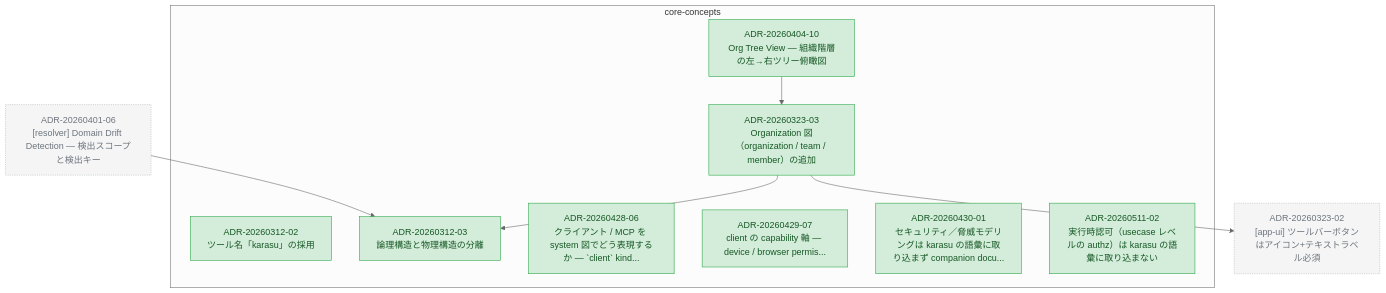
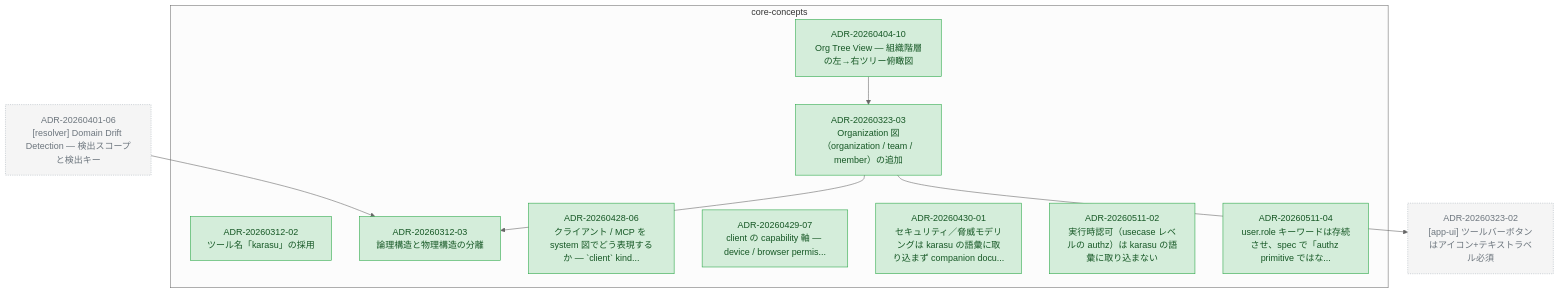
One commit to kompiro/karasu changed the diagram in docs/adr/graph/core-concepts.md. Above: the diagram before and after it, drawn with Mermaid (neutral theme). The commit also changed other lines of this file and 4 other files, not shown here.

First line of the commit message:
docs(adr): promote user.role decision to ADR-20260511-04

````diff
--- a/docs/adr/graph/core-concepts.md
+++ b/docs/adr/graph/core-concepts.md
@@ -6,36 +6,38 @@
 ```mermaid
 flowchart TD
   subgraph core-concepts["core-concepts"]
     ADR_20260312_02["ADR-20260312-02<br/>ツール名「karasu」の採用"]
     ADR_20260312_03["ADR-20260312-03<br/>論理構造と物理構造の分離"]
     ADR_20260323_03["ADR-20260323-03<br/>Organization 図（organization / team / member）の追加"]
     ADR_20260404_10["ADR-20260404-10<br/>Org Tree View — 組織階層の左→右ツリー俯瞰図"]
     ADR_20260428_06["ADR-20260428-06<br/>クライアント / MCP を system 図でどう表現するか — `client` kind..."]
     ADR_20260429_07["ADR-20260429-07<br/>client の capability 軸 — device / browser permis..."]
     ADR_20260430_01["ADR-20260430-01<br/>セキュリティ／脅威モデリングは karasu の語彙に取り込まず companion docu..."]
     ADR_20260511_02["ADR-20260511-02<br/>実行時認可（usecase レベルの authz）は karasu の語彙に取り込まない"]
+    ADR_20260511_04["ADR-20260511-04<br/>user.role キーワードは存続させ、spec で「authz primitive ではな..."]
   end
   ADR_20260323_02["ADR-20260323-02<br/>[app-ui] ツールバーボタンはアイコン+テキストラベル必須"]
   ADR_20260401_06["ADR-20260401-06<br/>[resolver] Domain Drift Detection — 検出スコープと検出キー"]
   ADR_20260323_03 --> ADR_20260312_03
   ADR_20260323_03 --> ADR_20260323_02
   ADR_20260404_10 --> ADR_20260323_03
   ADR_20260401_06 --> ADR_20260312_03
 
   classDef accepted fill:#d4edda,stroke:#28a745,color:#155724
   classDef proposed fill:#fff3cd,stroke:#ffc107,color:#856404
   classDef deprecated fill:#f8d7da,stroke:#dc3545,color:#721c24
   classDef superseded fill:#e2e3e5,stroke:#6c757d,color:#383d41
   classDef not_adopted fill:#e2e3e5,stroke:#6c757d,color:#383d41,stroke-dasharray:3 3
   classDef ghost fill:#f5f5f5,stroke:#adb5bd,color:#6c757d,stroke-dasharray:2 2
   class ADR_20260312_02 accepted
   class ADR_20260312_03 accepted
   class ADR_20260323_03 accepted
   class ADR_20260404_10 accepted
   class ADR_20260428_06 accepted
   class ADR_20260429_07 accepted
   class ADR_20260430_01 accepted
   class ADR_20260511_02 accepted
+  class ADR_20260511_04 accepted
   class ADR_20260323_02 ghost
   class ADR_20260401_06 ghost
 ```
````
